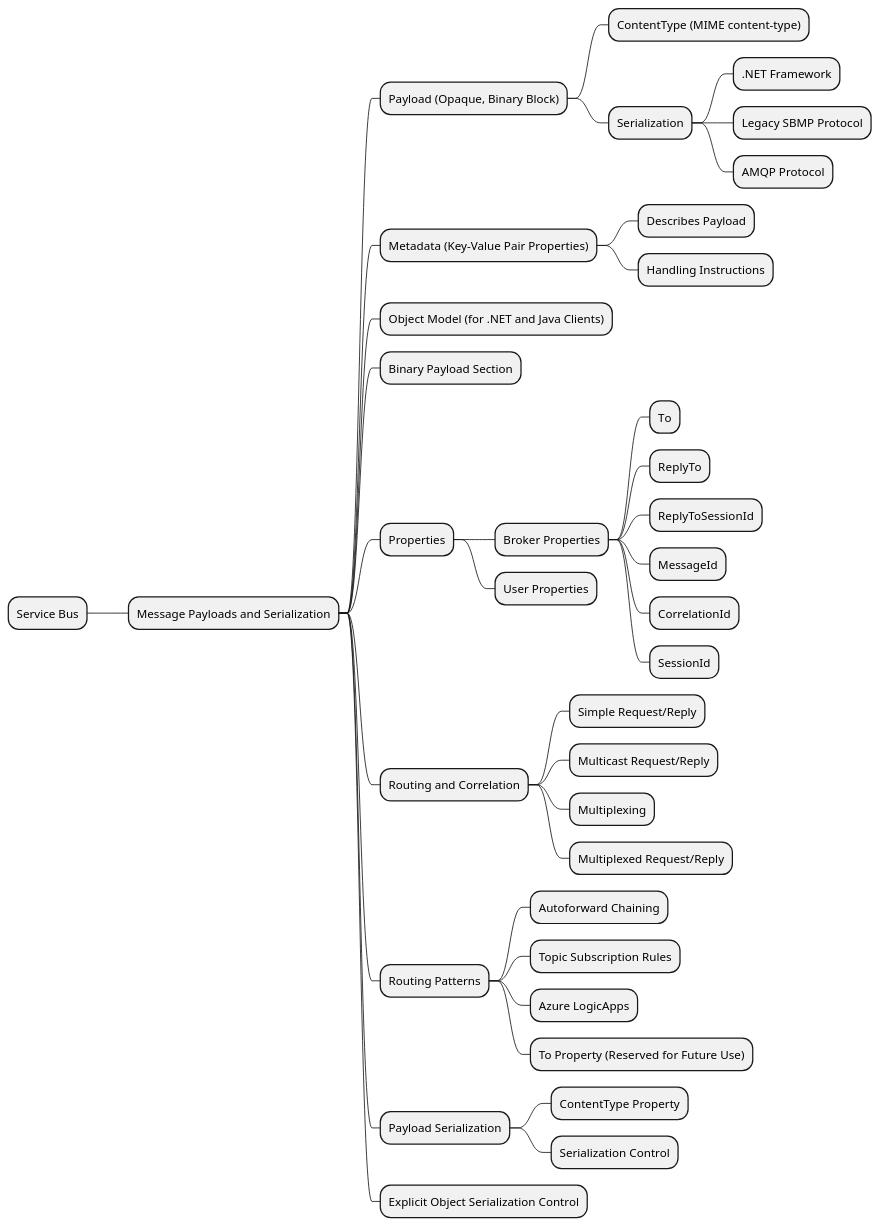
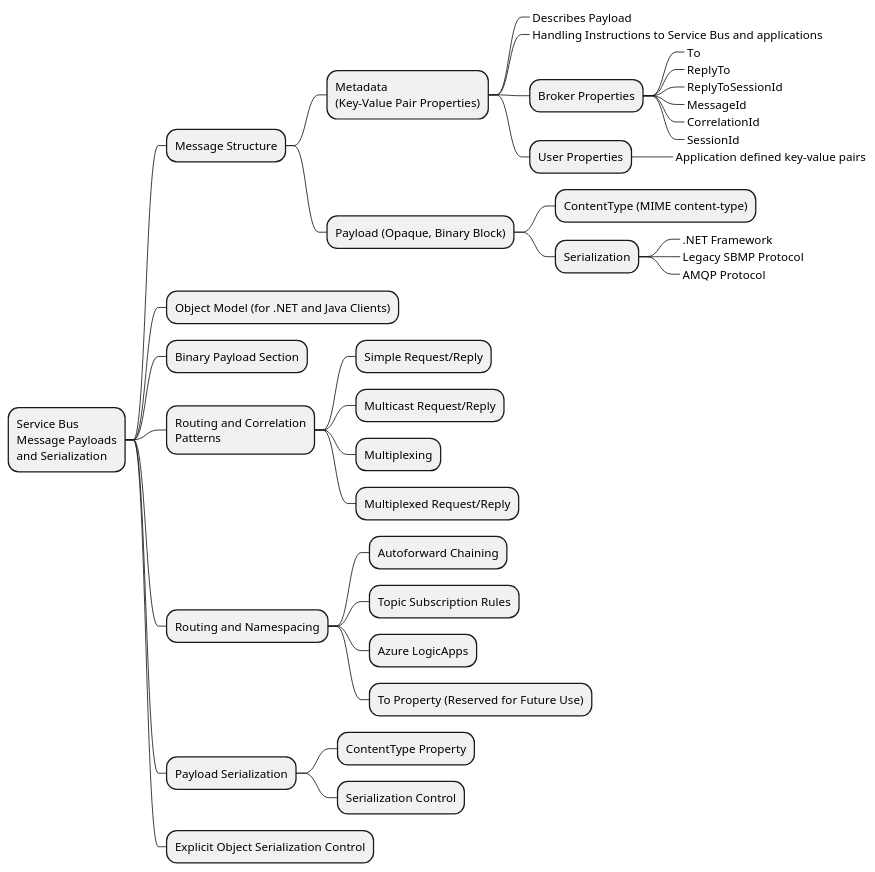
The diagram in 09 - message-queues/diagrams/4-service-bus-payloads-mindmap.plantuml (bobbyache/AZ-204), drawn with PlantUML before and after one commit. The commit also changed 61 other files, not shown here.

```diff
--- a/09 - message-queues/diagrams/4-service-bus-payloads-mindmap.plantuml
+++ b/09 - message-queues/diagrams/4-service-bus-payloads-mindmap.plantuml
@@ -1,38 +1,40 @@
-@startmindmap
-* Service Bus
-** Message Payloads and Serialization
+@startmindmap " Playloads and Serialization"
+* Service Bus\nMessage Payloads\nand Serialization
+** Message Structure
+*** Metadata\n(Key-Value Pair Properties)
+****_ Describes Payload
+****_ Handling Instructions to Service Bus and applications
+**** Broker Properties
+*****_ To
+*****_ ReplyTo
+*****_ ReplyToSessionId
+*****_ MessageId
+*****_ CorrelationId
+*****_ SessionId
+**** User Properties
+*****_ Application defined key-value pairs
 *** Payload (Opaque, Binary Block)
 **** ContentType (MIME content-type)
 **** Serialization
-***** .NET Framework
-***** Legacy SBMP Protocol
-***** AMQP Protocol
-*** Metadata (Key-Value Pair Properties)
-**** Describes Payload
-**** Handling Instructions
-*** Object Model (for .NET and Java Clients)
-*** Binary Payload Section
-*** Properties
-**** Broker Properties
-***** To
-***** ReplyTo
-***** ReplyToSessionId
-***** MessageId
-***** CorrelationId
-***** SessionId
-**** User Properties
-*** Routing and Correlation
-**** Simple Request/Reply
-**** Multicast Request/Reply
-**** Multiplexing
-**** Multiplexed Request/Reply
-*** Routing Patterns
-**** Autoforward Chaining
-**** Topic Subscription Rules
-**** Azure LogicApps
-**** To Property (Reserved for Future Use)
-*** Payload Serialization
-**** ContentType Property
-**** Serialization Control
-*** Explicit Object Serialization Control
+*****_ .NET Framework
+*****_ Legacy SBMP Protocol
+*****_ AMQP Protocol
+** Object Model (for .NET and Java Clients)
+** Binary Payload Section
+
+
+** Routing and Correlation\nPatterns
+*** Simple Request/Reply
+*** Multicast Request/Reply
+*** Multiplexing
+*** Multiplexed Request/Reply
+** Routing and Namespacing
+*** Autoforward Chaining
+*** Topic Subscription Rules
+*** Azure LogicApps
+*** To Property (Reserved for Future Use)
+** Payload Serialization
+*** ContentType Property
+*** Serialization Control
+** Explicit Object Serialization Control
 @endmindmap
```
